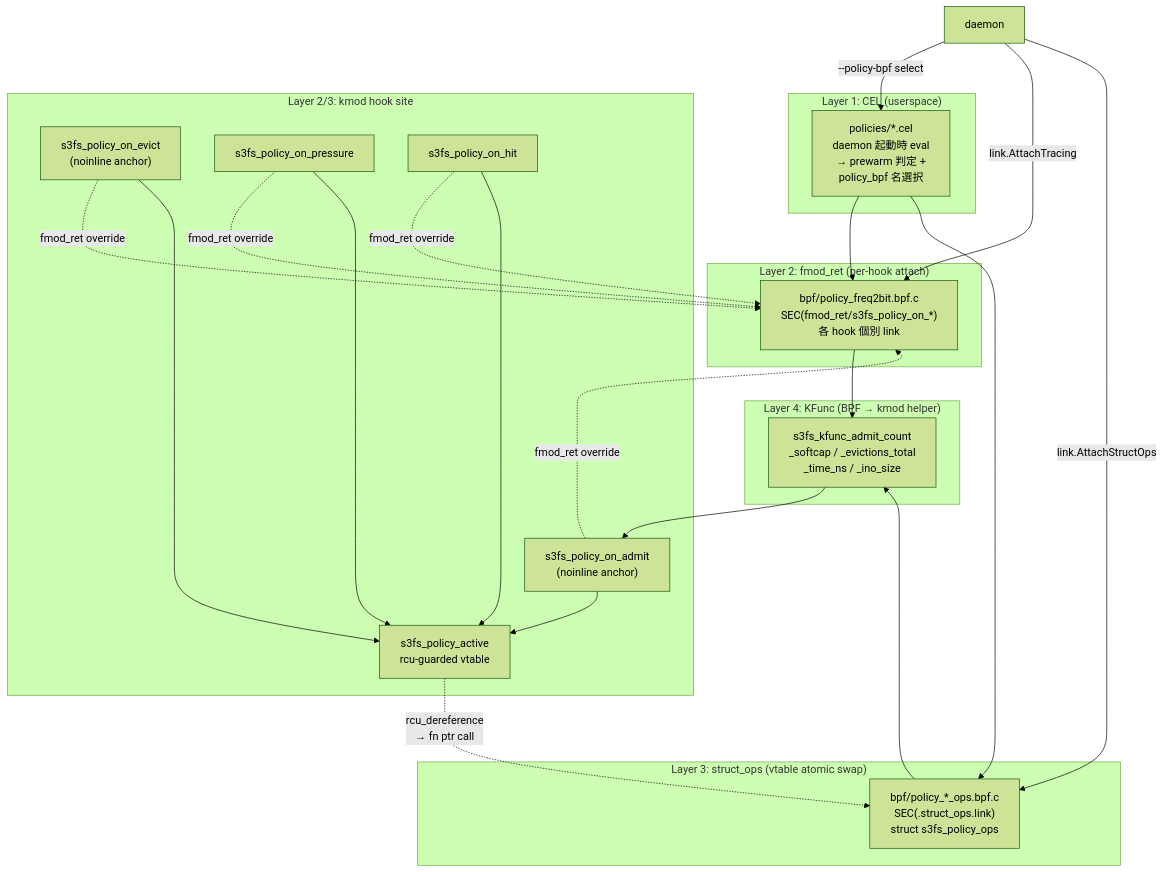
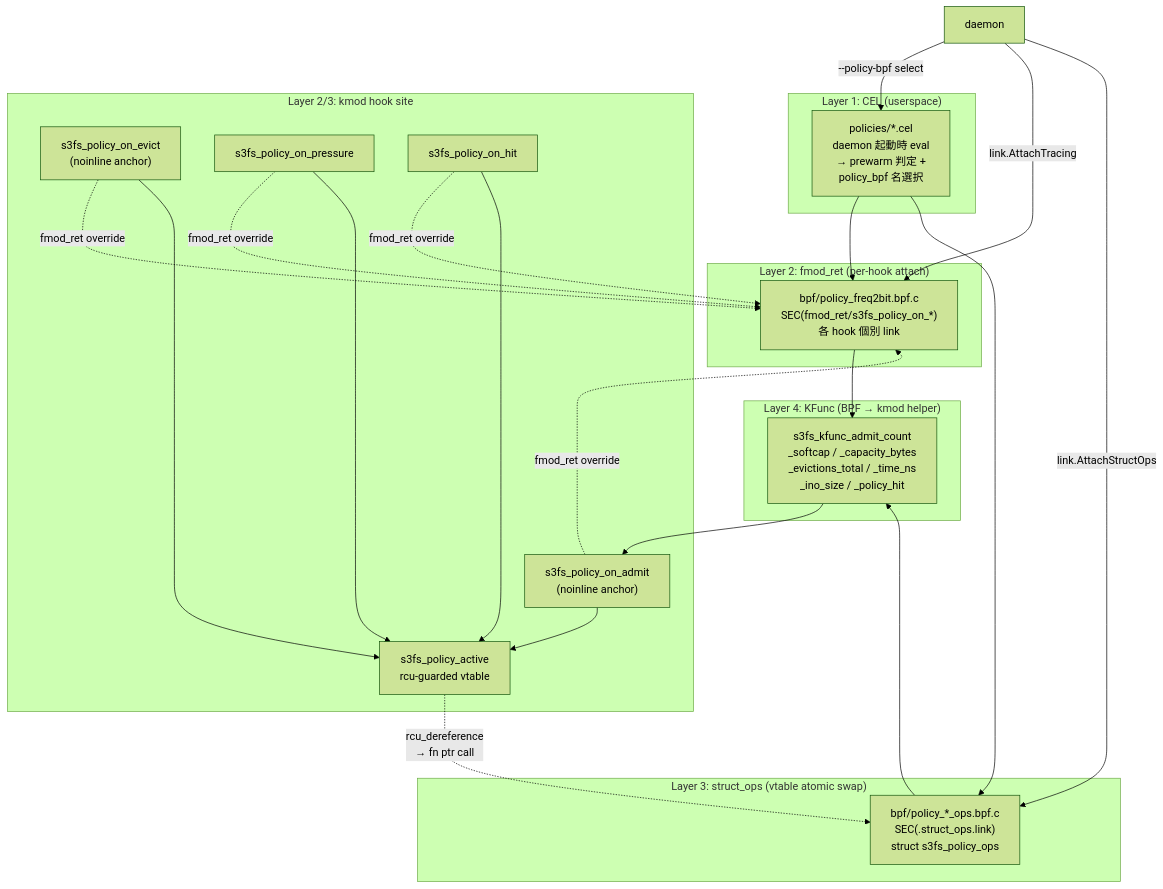
Before and after one commit to masu-mi/s3fs-ebpf: the fourth of 5 diagrams in docs/design/component-communication.md, drawn with Mermaid (forest theme). The commit also changed other lines of this file and 15 other files, not shown here.

````diff
--- a/docs/design/component-communication.md
+++ b/docs/design/component-communication.md
@@ -275,44 +281,44 @@
 ```mermaid
 flowchart TB
     subgraph L1["Layer 1: CEL (userspace)"]
       CEL["policies/*.cel<br/>daemon 起動時 eval<br/>→ prewarm 判定 +<br/>policy_bpf 名選択"]
     end
 
     subgraph K["Layer 2/3: kmod hook site"]
       Anchor1["s3fs_policy_on_admit<br/>(noinline anchor)"]
       Anchor2["s3fs_policy_on_evict<br/>(noinline anchor)"]
       Anchor3["s3fs_policy_on_pressure"]
       Anchor4["s3fs_policy_on_hit"]
       Vtable["s3fs_policy_active<br/>rcu-guarded vtable"]
     end
 
     subgraph L2["Layer 2: fmod_ret (per-hook attach)"]
       FMR["bpf/policy_freq2bit.bpf.c<br/>SEC(fmod_ret/s3fs_policy_on_*)<br/>各 hook 個別 link"]
     end
 
     subgraph L3["Layer 3: struct_ops (vtable atomic swap)"]
       SO["bpf/policy_*_ops.bpf.c<br/>SEC(.struct_ops.link)<br/>struct s3fs_policy_ops"]
     end
 
     subgraph L4["Layer 4: KFunc (BPF → kmod helper)"]
-      KF["s3fs_kfunc_admit_count<br/>_softcap / _evictions_total<br/>_time_ns / _ino_size"]
+      KF["s3fs_kfunc_admit_count<br/>_softcap / _capacity_bytes<br/>_evictions_total / _time_ns<br/>_ino_size / _policy_hit"]
     end
 
     Daemon["daemon"] -->|"--policy-bpf select"| CEL
     CEL --> FMR
     CEL --> SO
     Daemon -->|"link.AttachTracing"| FMR
     Daemon -->|"link.AttachStructOps"| SO
     Anchor1 -.->|"fmod_ret override"| FMR
     Anchor2 -.->|"fmod_ret override"| FMR
     Anchor3 -.->|"fmod_ret override"| FMR
     Anchor4 -.->|"fmod_ret override"| FMR
     Anchor1 --> Vtable
     Anchor2 --> Vtable
     Anchor3 --> Vtable
     Anchor4 --> Vtable
     Vtable -.->|"rcu_dereference<br/>→ fn ptr call"| SO
     SO --> KF
     FMR --> KF
     KF --> Anchor1
 ```
````
